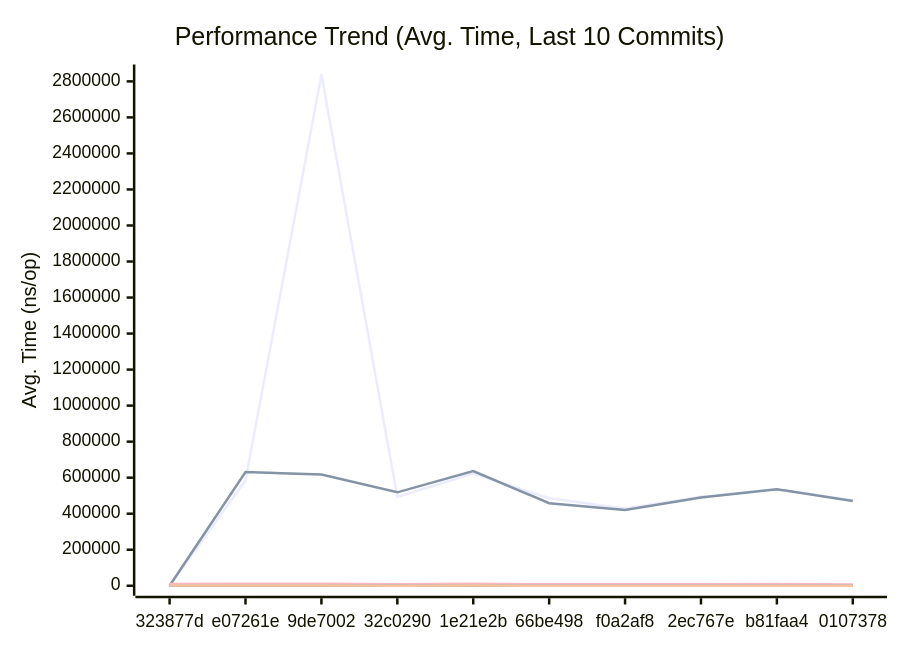
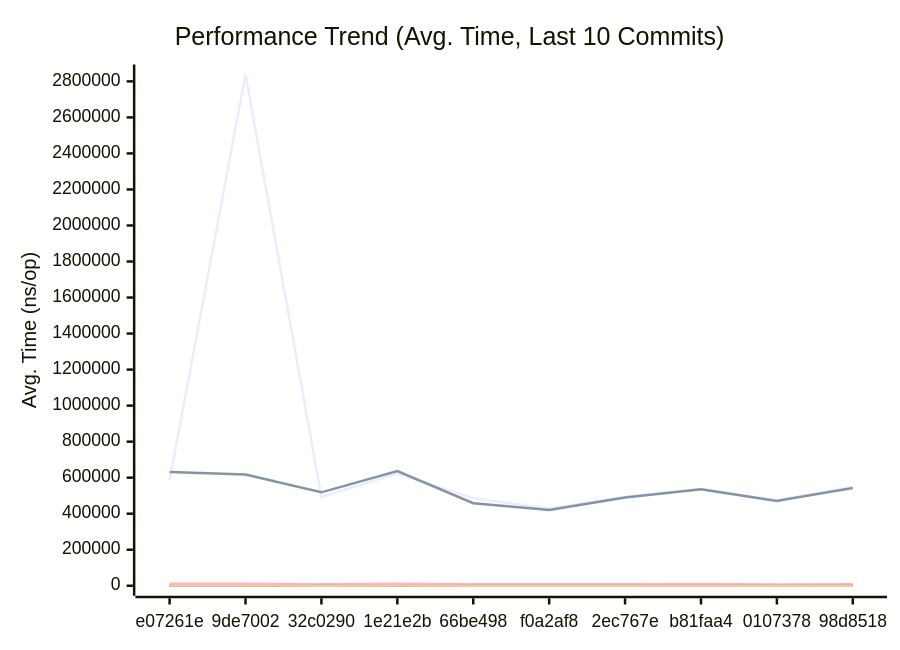
Before and after one commit to alsotoes/momo: the first of 3 diagrams in docs/PERFORMANCE.md, drawn with Mermaid. The commit also changed other lines of this file and 2 other files, not shown here.

````diff
--- a/docs/PERFORMANCE.md
+++ b/docs/PERFORMANCE.md
@@ -145,20 +145,20 @@
 ```mermaid
 xychart-beta
     title "Performance Trend (Avg. Time, Last 10 Commits)"
     x-axis "Commit"
     y-axis "Avg. Time (ns/op)"
-    x-axis [323877d,e07261e,9de7002,32c0290,1e21e2b,66be498,f0a2af8,2ec767e,b81faa4,0107378]
-    line "AWSChunkedReaderSigned" [0,584226,2838201,493329,623314,485586,428699,494161,536055,474487]
-    line "AWSChunkedReaderUnsigned" [0,631654,617880,518620,637133,458443,420916,489488,535372,470934]
-    line "CheckMetricsAndSwap" [10,9,16,10,13,9,8,8,11,8]
-    line "CrushOptimized" [415,439,381,353,419,355,342,351,359,357]
-    line "CrushOriginal" [570,664,686,549,628,459,465,587,501,444]
-    line "IndexDirectTracking" [0,0,1,0,1,0,0,0,0,0]
-    line "IndexSearch" [2,2,3,2,3,3,3,3,3,3]
-    line "LoadGlobalConfig" [9075,10900,10925,8352,11680,7877,7811,8699,9154,7311]
-    line "PadString" [53,64,66,53,64,43,49,49,50,41]
+    x-axis [e07261e,9de7002,32c0290,1e21e2b,66be498,f0a2af8,2ec767e,b81faa4,0107378,98d8518]
+    line "AWSChunkedReaderSigned" [584226,2838201,493329,623314,485586,428699,494161,536055,474487,547638]
+    line "AWSChunkedReaderUnsigned" [631654,617880,518620,637133,458443,420916,489488,535372,470934,542477]
+    line "CheckMetricsAndSwap" [9,16,10,13,9,8,8,11,8,9]
+    line "CrushOptimized" [439,381,353,419,355,342,351,359,357,366]
+    line "CrushOriginal" [664,686,549,628,459,465,587,501,444,519]
+    line "IndexDirectTracking" [0,1,0,1,0,0,0,0,0,0]
+    line "IndexSearch" [2,3,2,3,3,3,3,3,3,3]
+    line "LoadGlobalConfig" [10900,10925,8352,11680,7877,7811,8699,9154,7311,8381]
+    line "PadString" [64,66,53,64,43,49,49,50,41,54]
     line "ParseReplicationOrder_NoPrealloc" [350,349,357,354,345,225,229,165,232,234]
     line "ParseReplicationOrder_Prealloc" [229,231,237,234,229,108,107,80,110,109]
-    line "SanitizeLog/Safe" [537,496,673,440,585,444,426,532,520,440]
-    line "SanitizeLog/Unsafe" [762,826,1502,669,794,568,519,657,616,544]
+    line "SanitizeLog/Safe" [496,673,440,585,444,426,532,520,440,468]
+    line "SanitizeLog/Unsafe" [826,1502,669,794,568,519,657,616,544,677]
 ```
````
